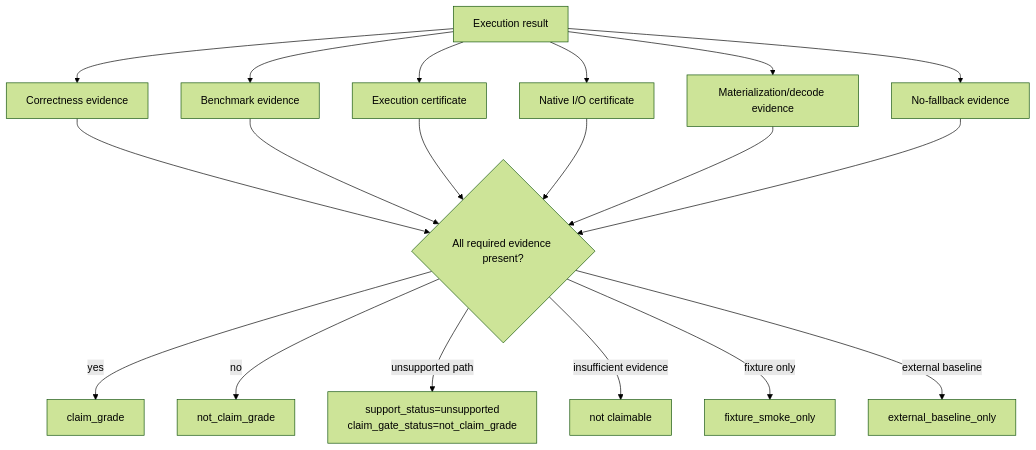
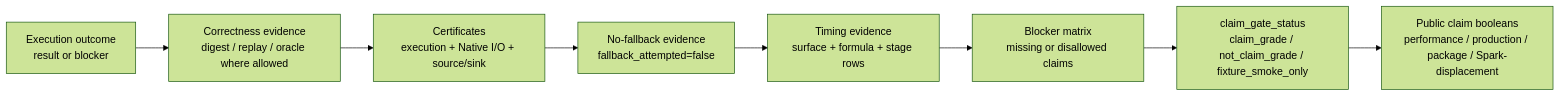
The eighth of 8 diagrams in website/assets/data/compute-engine-flow-reference.md (depsilon/shardloom), drawn with Mermaid (forest theme) before and after one commit. The commit also changed other lines of this file and 14 other files, not shown here.

Commit message:
Split release gates and clarify compute flow (#1141)

````diff
--- a/website/assets/data/compute-engine-flow-reference.md
+++ b/website/assets/data/compute-engine-flow-reference.md
@@ -2509,23 +570,13 @@
 ```mermaid
-flowchart TD
-    A["Execution result"] --> B["Correctness evidence"]
-    A --> C["Benchmark evidence"]
-    A --> D["Execution certificate"]
-    A --> E["Native I/O certificate"]
-    A --> F["Materialization/decode evidence"]
-    A --> G["No-fallback evidence"]
+flowchart LR
+    OUTCOME["Execution outcome<br/>result or blocker"]
+    CORRECT["Correctness evidence<br/>digest / replay / oracle where allowed"]
+    CERT["Certificates<br/>execution + Native I/O + source/sink"]
+    NOFALLBACK["No-fallback evidence<br/>fallback_attempted=false"]
+    TIMING["Timing evidence<br/>surface + formula + stage rows"]
+    BLOCKERS["Blocker matrix<br/>missing or disallowed claims"]
+    CLAIM["claim_gate_status<br/>claim_grade / not_claim_grade / fixture_smoke_only"]
+    PUBLIC["Public claim booleans<br/>performance / production / package / Spark-displacement"]
 
-    B --> H{"All required evidence present?"}
-    C --> H
-    D --> H
-    E --> H
-    F --> H
-    G --> H
-
-    H -->|yes| I["claim_grade"]
-    H -->|no| J["not_claim_grade"]
-    H -->|unsupported path| K["support_status=unsupported<br/>claim_gate_status=not_claim_grade"]
-    H -->|insufficient evidence| L["not claimable"]
-    H -->|fixture only| M["fixture_smoke_only"]
-    H -->|external baseline| N["external_baseline_only"]
+    OUTCOME --> CORRECT --> CERT --> NOFALLBACK --> TIMING --> BLOCKERS --> CLAIM --> PUBLIC
 ```
````
